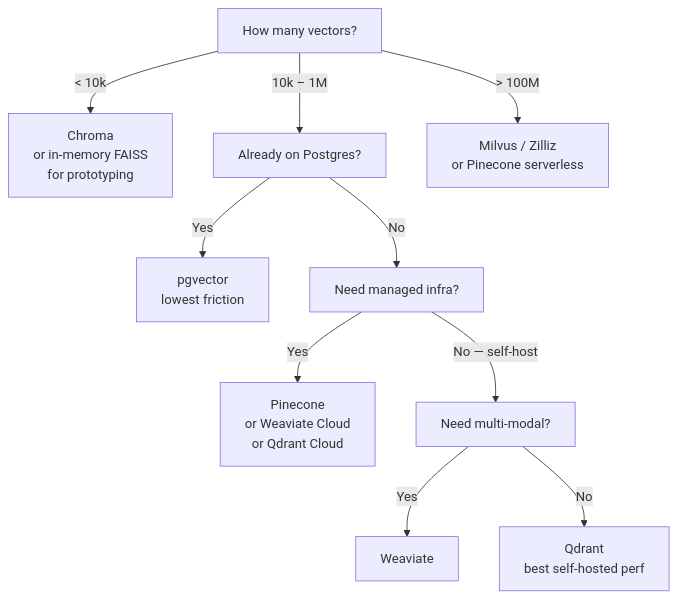
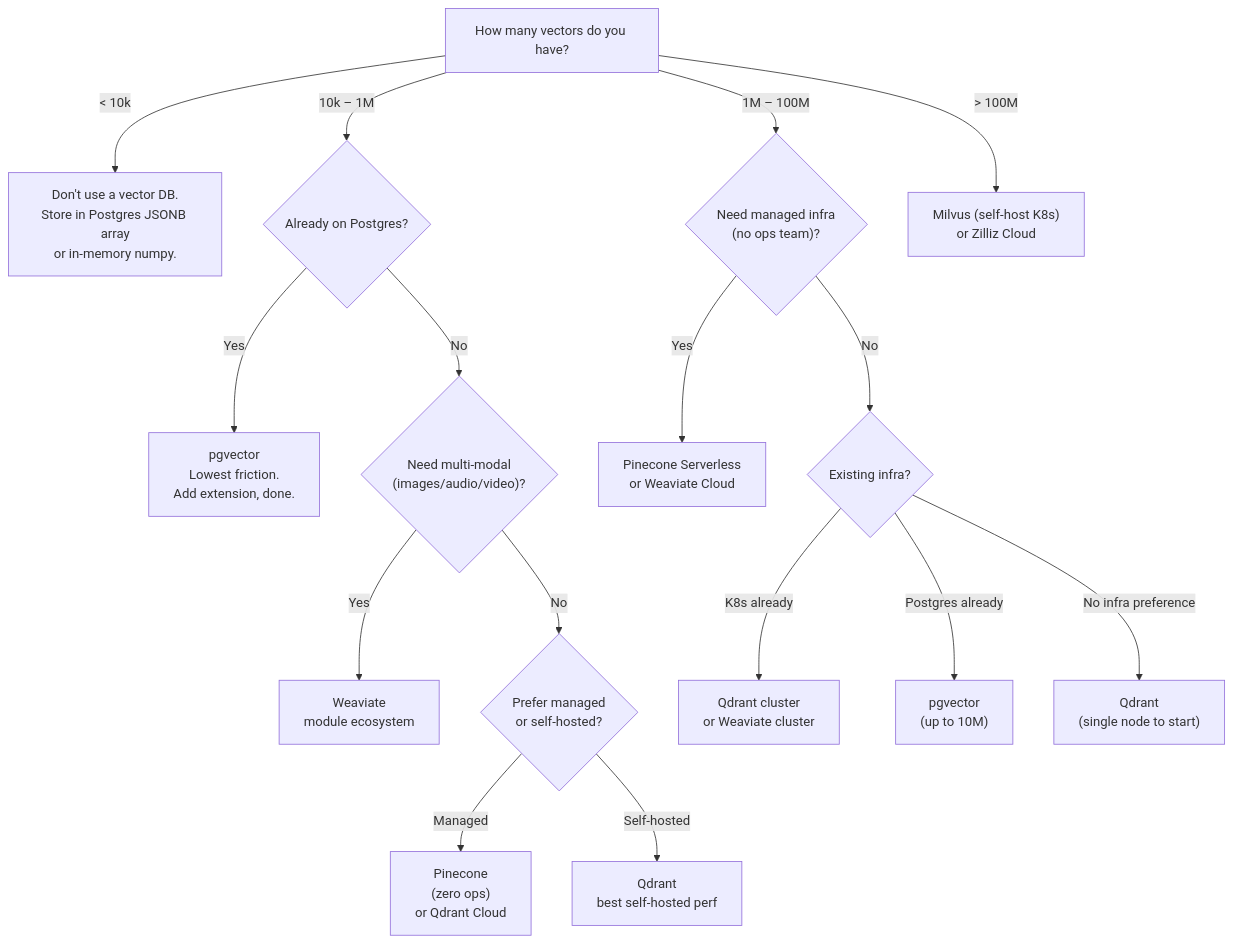
One commit to gauravprwl14/system-design-course changed the eighth of 8 diagrams in docs-site/content/15-vector-databases/concepts/vector-db-comparison.md. Above: the diagram before and after it, drawn with Mermaid. The commit also changed other lines of this file and 19 other files, not shown here.

````diff
--- a/docs-site/content/15-vector-databases/concepts/vector-db-comparison.md
+++ b/docs-site/content/15-vector-databases/concepts/vector-db-comparison.md
@@ -281,16 +884,24 @@
 ```mermaid
 flowchart TD
-    A[How many vectors?]
-    A -->|< 10k| B[Chroma\nor in-memory FAISS\nfor prototyping]
-    A -->|10k – 1M| C[Already on Postgres?]
-    A -->|> 100M| D[Milvus / Zilliz\nor Pinecone serverless]
+    A["How many vectors do you have?"] 
+    A -->|"< 10k"| B["Don't use a vector DB.\nStore in Postgres JSONB array\nor in-memory numpy."]
+    A -->|"10k – 1M"| C{"Already on Postgres?"}
+    A -->|"1M – 100M"| D{"Need managed infra\n(no ops team)?"}
+    A -->|"> 100M"| E["Milvus (self-host K8s)\nor Zilliz Cloud"]
 
-    C -->|Yes| E[pgvector\nlowest friction]
-    C -->|No| F[Need managed infra?]
+    C -->|Yes| F["pgvector\nLowest friction.\nAdd extension, done."]
+    C -->|No| G{"Need multi-modal\n(images/audio/video)?"}
 
-    F -->|Yes| G[Pinecone\nor Weaviate Cloud\nor Qdrant Cloud]
-    F -->|No — self-host| H[Need multi-modal?]
+    G -->|Yes| H["Weaviate\nmodule ecosystem"]
+    G -->|No| I{"Prefer managed\nor self-hosted?"}
 
-    H -->|Yes| I[Weaviate]
-    H -->|No| J[Qdrant\nbest self-hosted perf]
+    I -->|Managed| J["Pinecone\n(zero ops)\nor Qdrant Cloud"]
+    I -->|Self-hosted| K["Qdrant\nbest self-hosted perf"]
+
+    D -->|Yes| L["Pinecone Serverless\nor Weaviate Cloud"]
+    D -->|No| M{"Existing infra?"}
+
+    M -->|"K8s already"| N["Qdrant cluster\nor Weaviate cluster"]
+    M -->|"Postgres already"| O["pgvector\n(up to 10M)"]
+    M -->|"No infra preference"| P["Qdrant\n(single node to start)"]
 ```
````
